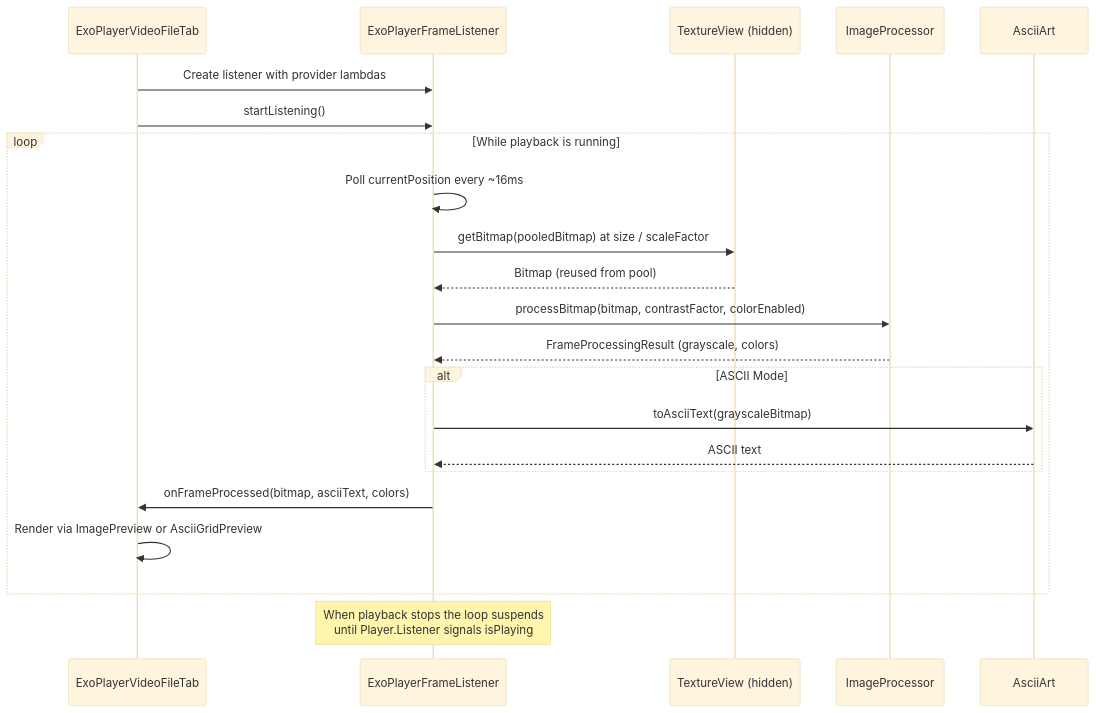
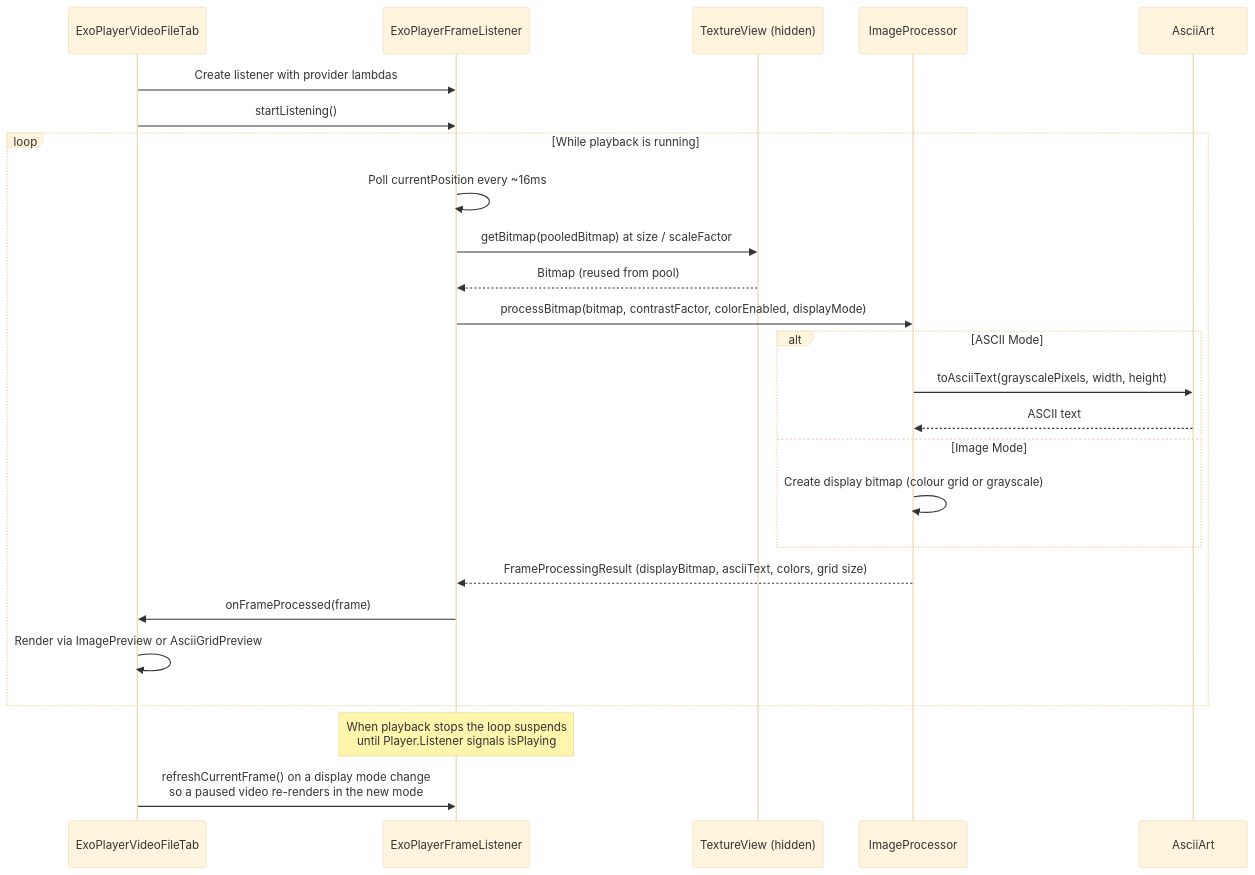
One commit to replicant1/AsciiArt changed the diagram in docs/sequence-video-file.mmd. Above: the diagram before and after it, drawn with Mermaid (base theme). The commit also changed 9 other files, not shown here.

First line of the commit message:
Mark items 9 and 15 fixed and refresh the diagrams

```diff
--- a/docs/sequence-video-file.mmd
+++ b/docs/sequence-video-file.mmd
@@ -1,23 +1,26 @@
 sequenceDiagram
     participant UI as ExoPlayerVideoFileTab
     participant EFL as ExoPlayerFrameListener
     participant TV as TextureView (hidden)
     participant IP as ImageProcessor
     participant AA as AsciiArt
 
     UI->>EFL: Create listener with provider lambdas
     UI->>EFL: startListening()
     loop While playback is running
         EFL->>EFL: Poll currentPosition every ~16ms
         EFL->>TV: getBitmap(pooledBitmap) at size / scaleFactor
         TV-->>EFL: Bitmap (reused from pool)
-        EFL->>IP: processBitmap(bitmap, contrastFactor, colorEnabled)
-        IP-->>EFL: FrameProcessingResult (grayscale, colors)
+        EFL->>IP: processBitmap(bitmap, contrastFactor, colorEnabled, displayMode)
         alt ASCII Mode
-            EFL->>AA: toAsciiText(grayscaleBitmap)
-            AA-->>EFL: ASCII text
+            IP->>AA: toAsciiText(grayscalePixels, width, height)
+            AA-->>IP: ASCII text
+        else Image Mode
+            IP->>IP: Create display bitmap (colour grid or grayscale)
         end
-        EFL->>UI: onFrameProcessed(bitmap, asciiText, colors)
+        IP-->>EFL: FrameProcessingResult (displayBitmap, asciiText, colors, grid size)
+        EFL->>UI: onFrameProcessed(frame)
         UI->>UI: Render via ImagePreview or AsciiGridPreview
     end
     Note over EFL: When playback stops the loop suspends<br/>until Player.Listener signals isPlaying
+    UI->>EFL: refreshCurrentFrame() on a display mode change<br/>so a paused video re-renders in the new mode
```
